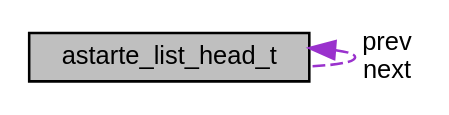
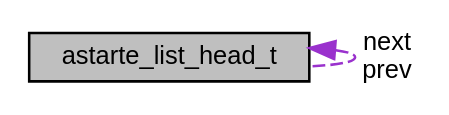
The diagram in 1.0/device-sdks/esp32/structastarte__list__head__t__coll__graph.dot (astarte-platform/docs), drawn with Graphviz before and after one commit. The commit also changed 99 other files, not shown here.

```diff
--- a/1.0/device-sdks/esp32/structastarte__list__head__t__coll__graph.dot
+++ b/1.0/device-sdks/esp32/structastarte__list__head__t__coll__graph.dot
@@ -1,8 +1,8 @@
 digraph "astarte_list_head_t"
 {
  // LATEX_PDF_SIZE
   edge [fontname="Helvetica",fontsize="10",labelfontname="Helvetica",labelfontsize="10"];
   node [fontname="Helvetica",fontsize="10",shape=record];
   Node1 [label="astarte_list_head_t",height=0.2,width=0.4,color="black", fillcolor="grey75", style="filled", fontcolor="black",tooltip=" "];
-  Node1 -> Node1 [dir="back",color="darkorchid3",fontsize="10",style="dashed",label=" prev\nnext" ,fontname="Helvetica"];
+  Node1 -> Node1 [dir="back",color="darkorchid3",fontsize="10",style="dashed",label=" next\nprev" ,fontname="Helvetica"];
 }
```
